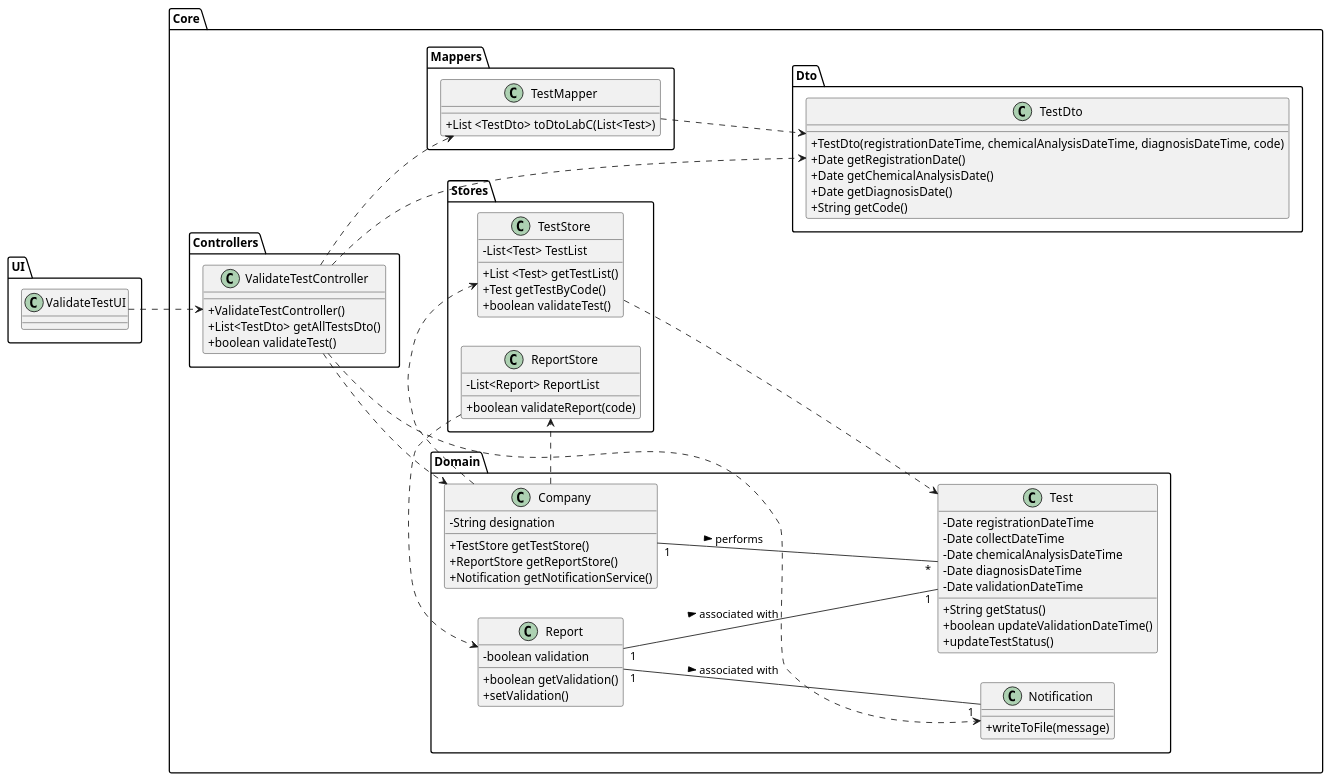
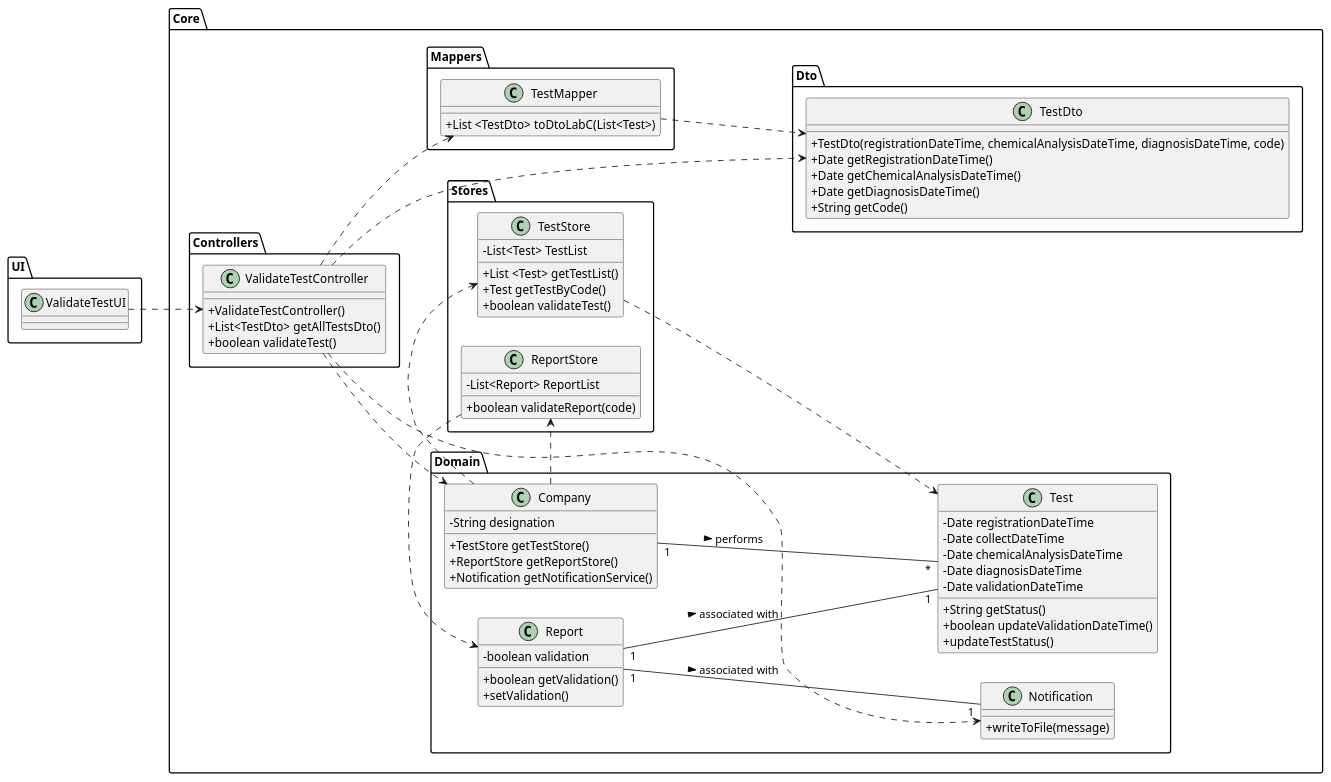
The diagram in docs/SprintC/US15/US15-CD.puml (0franciscor/lei-21-s2-1de-g19), drawn with PlantUML before and after one commit. The commit also changed 8 other files, not shown here.

```diff
--- a/docs/SprintC/US15/US15-CD.puml
+++ b/docs/SprintC/US15/US15-CD.puml
@@ -1,111 +1,109 @@
 @startuml
 skinparam classAttributeIconSize 0
 left to right direction
 
 package Core{
 
 package Domain{
 class "Company" as C {
 -String designation
 +TestStore getTestStore()
 +ReportStore getReportStore()
 +Notification getNotificationService()
 }
 
 class "Test" as T {
 -Date registrationDateTime
 -Date collectDateTime
 -Date chemicalAnalysisDateTime
 -Date diagnosisDateTime
 -Date validationDateTime
 +String getStatus()
 +boolean updateValidationDateTime()
 +updateTestStatus()
 }
 
 class "Report" as R{
 -boolean validation
 +boolean getValidation()
 +setValidation()
 }
 
 class "Notification" as N{
 + writeToFile(message)
 }
 
 }
 
 package Stores{
 class "TestStore" as TS{
 -List<Test> TestList
 +List <Test> getTestList()
 +Test getTestByCode()
 +boolean validateTest()
 }
 
 class "ReportStore" as RS{
 -List<Report> ReportList
 +boolean validateReport(code)
 }
 }
 
-
-
 package Controllers{
 class "ValidateTestController" as VTC {
 +ValidateTestController()
 +List<TestDto> getAllTestsDto()
 +boolean validateTest()
 }
 
 
 
 
 
 }
 
 package Mappers{
 class "TestMapper" as tM{
 +List <TestDto> toDtoLabC(List<Test>)
 }
 
 }
 
 
 package Dto{
 class "TestDto" as tDto{
 +TestDto(registrationDateTime, chemicalAnalysisDateTime, diagnosisDateTime, code)
-+Date getRegistrationDate()
-+Date getChemicalAnalysisDate()
-+Date getDiagnosisDate()
++Date getRegistrationDateTime()
++Date getChemicalAnalysisDateTime()
++Date getDiagnosisDateTime()
 +String getCode()
 }
 
 
 
 }
 
 }
 package UI{
 class "ValidateTestUI" as VTUI
 }
 
 VTUI ..> VTC
 
 C ..> TS
 C ..> RS
 VTC ..> C
 VTC ..> tM
 VTC ..> tDto
 VTC ..> N
 
 TS ..> T
 tM ..> tDto
 
 C "1" -- "*" T : > performs
 
 RS ..> R
 R "1" -- "1" T : > associated with
 R "1" -- "1" N : > associated with
 
 @enduml
```
